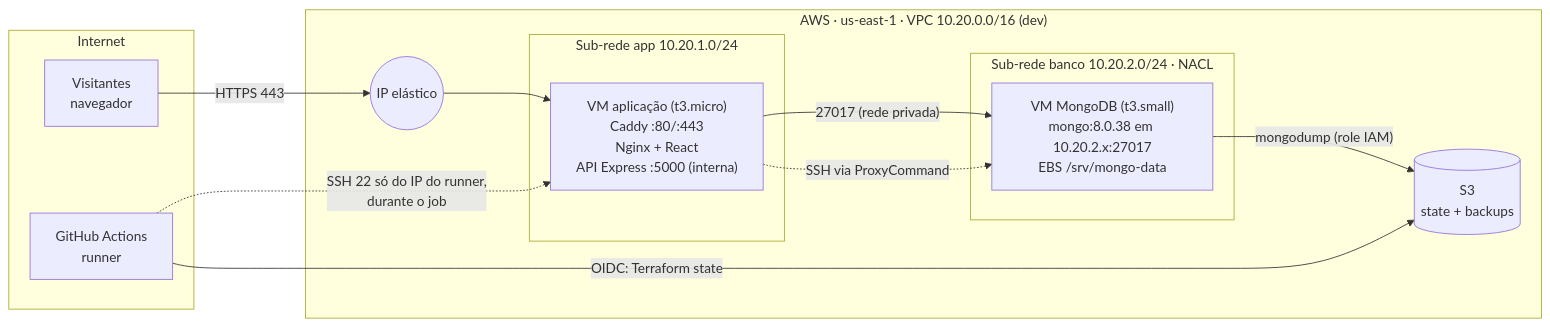
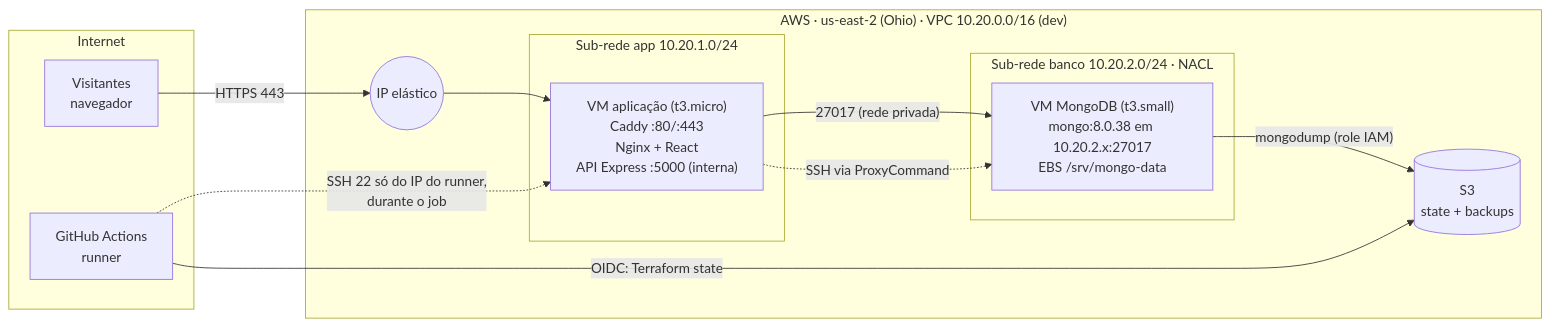
One commit to PedroMajewski/todo-app-majewski-marrone changed the first of 3 diagrams in docs/arquitetura.md. Above: the diagram before and after it, drawn with Mermaid. The commit also changed other lines of this file and 8 other files, not shown here.

First line of the commit message:
chore: região padrão us-east-2 (Ohio), a mesma do projeto na conta AWS

````diff
--- a/docs/arquitetura.md
+++ b/docs/arquitetura.md
@@ -27,23 +27,23 @@
 ```mermaid
 flowchart LR
   subgraph Internet
     V[Visitantes<br/>navegador]
     GH[GitHub Actions<br/>runner]
   end
-  subgraph AWS["AWS · us-east-1 · VPC 10.20.0.0/16 (dev)"]
+  subgraph AWS["AWS · us-east-2 (Ohio) · VPC 10.20.0.0/16 (dev)"]
     subgraph SA["Sub-rede app 10.20.1.0/24"]
       APP["VM aplicação (t3.micro)<br/>Caddy :80/:443<br/>Nginx + React<br/>API Express :5000 (interna)"]
     end
     subgraph SD["Sub-rede banco 10.20.2.0/24 · NACL"]
       DB["VM MongoDB (t3.small)<br/>mongo:8.0.38 em 10.20.2.x:27017<br/>EBS /srv/mongo-data"]
     end
     EIP((IP elástico))
     S3[(S3<br/>state + backups)]
   end
   V -- HTTPS 443 --> EIP --> APP
   APP -- "27017 (rede privada)" --> DB
   GH -. "SSH 22 só do IP do runner,<br/>durante o job" .-> APP
   APP -. "SSH via ProxyCommand" .-> DB
   DB -- "mongodump (role IAM)" --> S3
   GH -- "OIDC: Terraform state" --> S3
 ```
````
